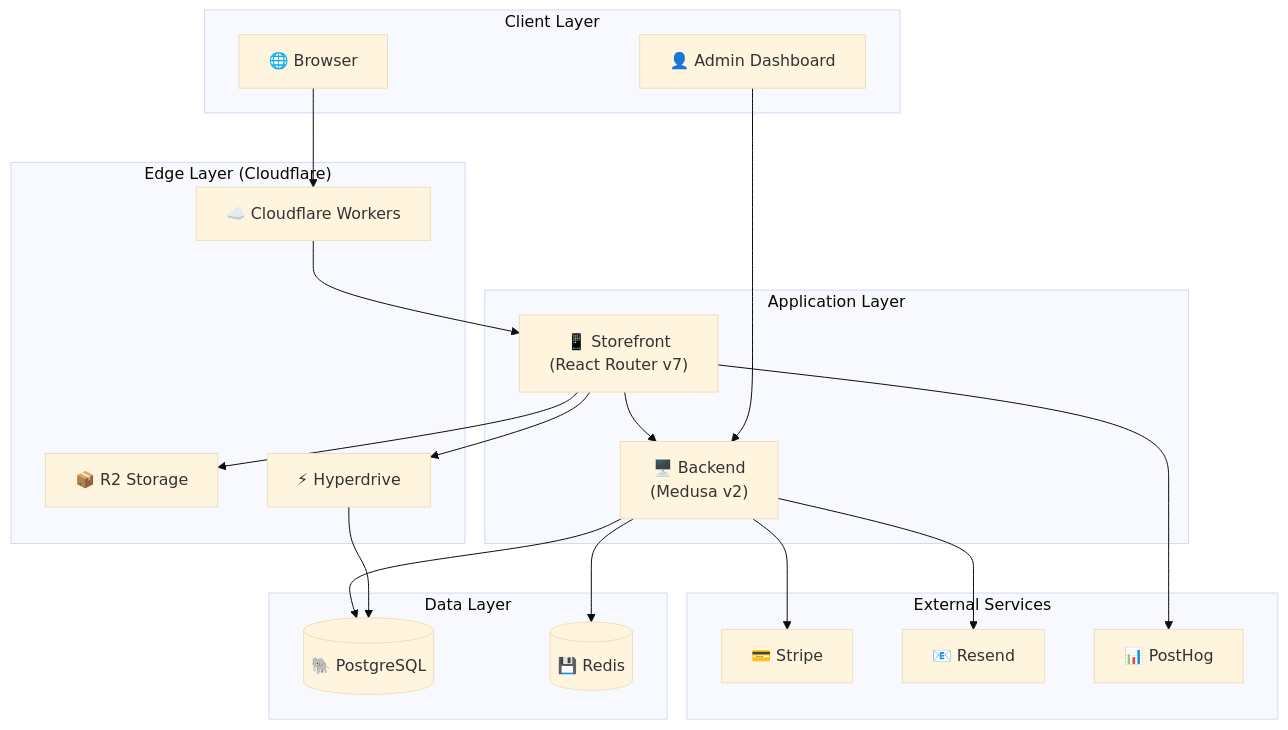
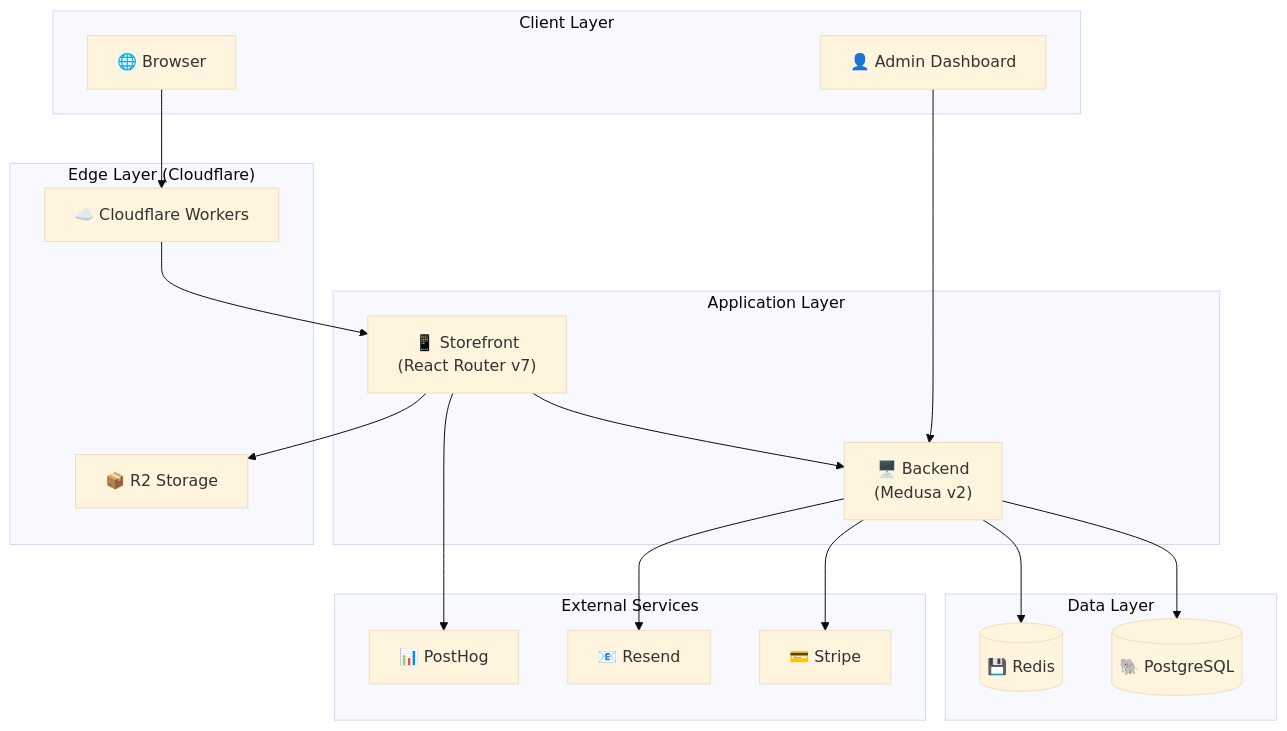
Before and after one commit to builderbuilds123/gracestowel: the first of 2 diagrams in docs/architecture/overview.md, drawn with Mermaid (base theme). The commit also changed other lines of this file and 38 other files, not shown here.

````diff
--- a/docs/architecture/overview.md
+++ b/docs/architecture/overview.md
@@ -8,42 +8,39 @@
 ```mermaid
 flowchart TB
     subgraph "Client Layer"
         Browser["🌐 Browser"]
         Admin["👤 Admin Dashboard"]
     end
 
     subgraph "Edge Layer (Cloudflare)"
         CF["☁️ Cloudflare Workers"]
         R2["📦 R2 Storage"]
-        HD["⚡ Hyperdrive"]
     end
 
     subgraph "Application Layer"
         SF["📱 Storefront<br/>(React Router v7)"]
         BE["🖥️ Backend<br/>(Medusa v2)"]
     end
 
     subgraph "Data Layer"
         PG[("🐘 PostgreSQL")]
         Redis[("💾 Redis")]
     end
 
     subgraph "External Services"
         Stripe["💳 Stripe"]
         Resend["📧 Resend"]
         PostHog["📊 PostHog"]
     end
 
     Browser --> CF
     Admin --> BE
     CF --> SF
-    SF --> HD
     SF --> BE
-    HD --> PG
     BE --> PG
     BE --> Redis
     BE --> Stripe
     BE --> Resend
     SF --> PostHog
     SF --> R2
 ```
````
